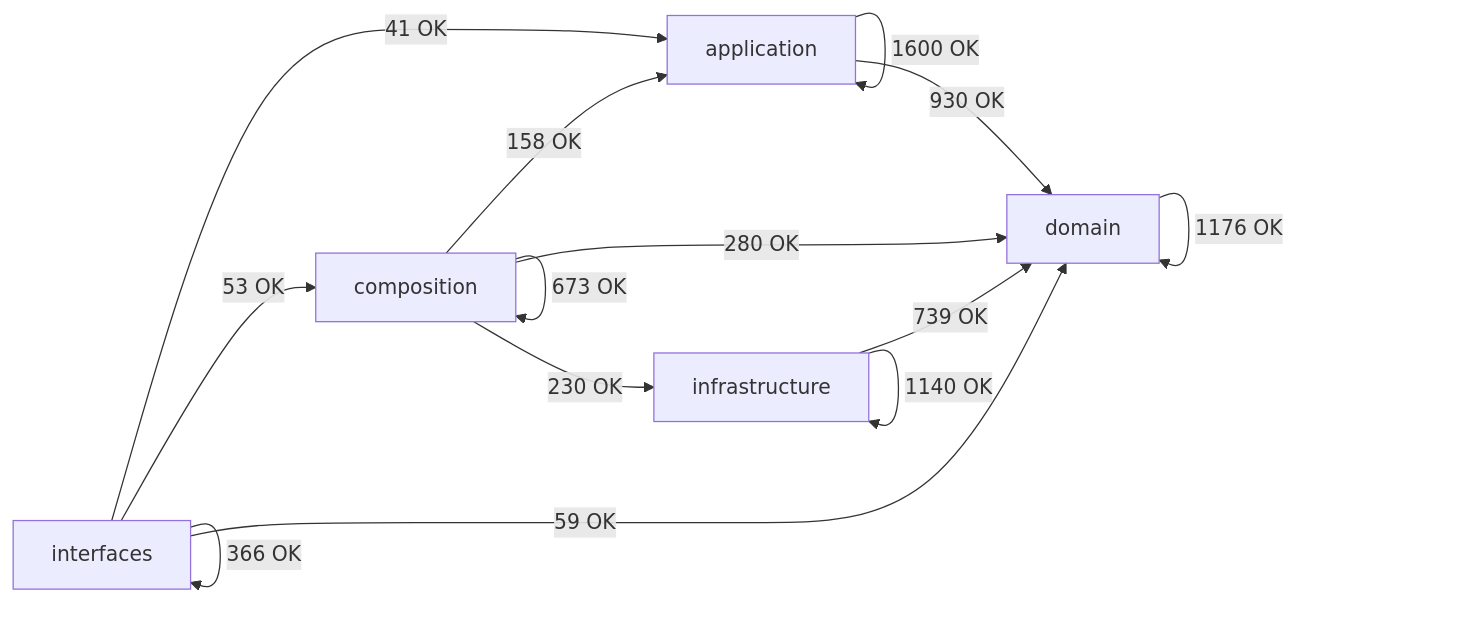
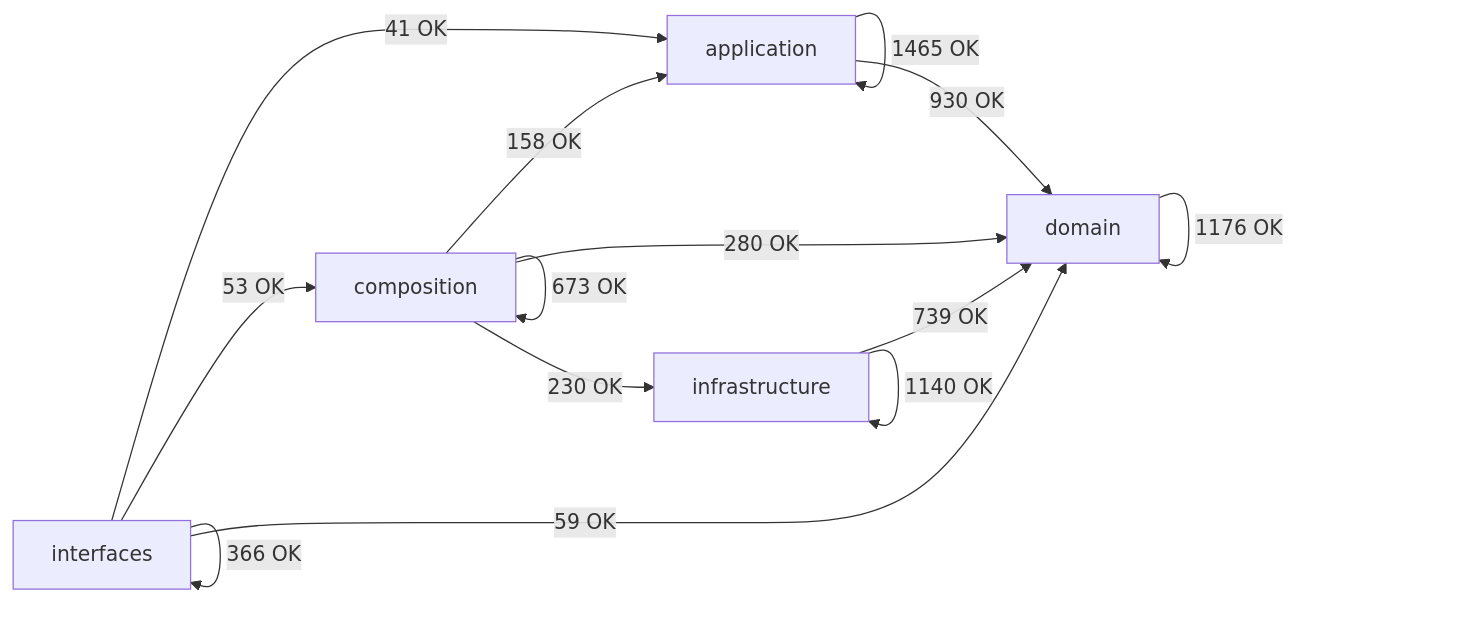
Before and after one commit to SatoryKono/BioactivityDataAcquisition: the diagram in docs/02-architecture/generated/module-dependency-map.md, drawn with Mermaid. The commit also changed other lines of this file and 294 other files, not shown here.

````diff
--- a/docs/02-architecture/generated/module-dependency-map.md
+++ b/docs/02-architecture/generated/module-dependency-map.md
@@ -17,21 +17,21 @@
 ```mermaid
 flowchart LR
     domain[domain]
     application[application]
     infrastructure[infrastructure]
     composition[composition]
     interfaces[interfaces]
-    application -->|1600 OK| application
+    application -->|1465 OK| application
     application -->|930 OK| domain
     composition -->|158 OK| application
     composition -->|673 OK| composition
     composition -->|280 OK| domain
     composition -->|230 OK| infrastructure
     domain -->|1176 OK| domain
     infrastructure -->|739 OK| domain
     infrastructure -->|1140 OK| infrastructure
     interfaces -->|41 OK| application
     interfaces -->|53 OK| composition
     interfaces -->|59 OK| domain
     interfaces -->|366 OK| interfaces
 ```
````
